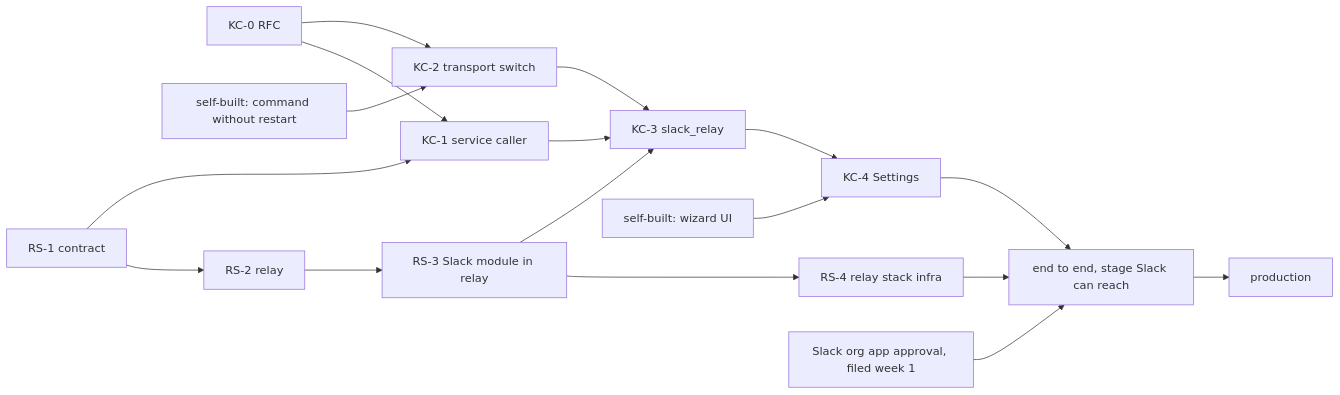
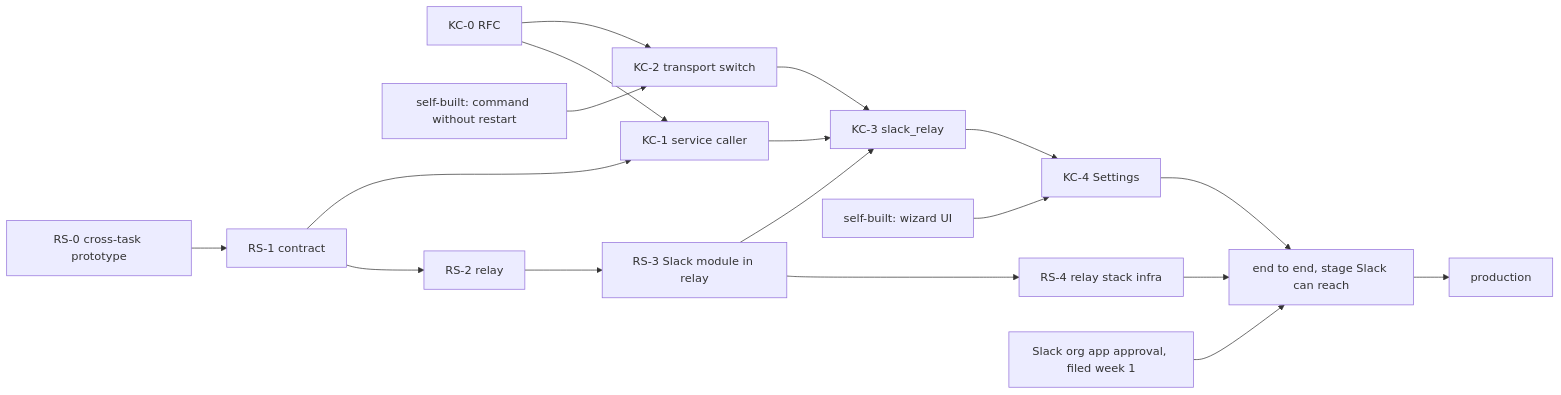
The fourth of 4 diagrams in docs/request-for-change/rfc-slack-unified-app-relay.md (kirodotdev/KiroCrew), drawn with Mermaid before and after one commit. The commit also changed other lines of this file and 1 other file, not shown here.

````diff
--- a/docs/request-for-change/rfc-slack-unified-app-relay.md
+++ b/docs/request-for-change/rfc-slack-unified-app-relay.md
@@ -272,19 +341,20 @@
 ```mermaid
 flowchart LR
     KC0[KC-0 RFC] --> KC1[KC-1 service caller]
     KC0 --> KC2[KC-2 transport switch]
     W1[self-built: command without restart] --> KC2
-    RS1[RS-1 contract] --> RS2[RS-2 relay]
+    RS0[RS-0 cross-task prototype] --> RS1[RS-1 contract]
+    RS1 --> RS2[RS-2 relay]
     RS1 --> KC1
     RS2 --> RS3[RS-3 Slack module in relay]
     RS3 --> RS4[RS-4 relay stack infra]
     KC1 --> KC3[KC-3 slack_relay]
     KC2 --> KC3
     RS3 --> KC3
     KC3 --> KC4[KC-4 Settings]
     W2[self-built: wizard UI] --> KC4
     AP[Slack org app approval, filed week 1] --> E2E
     RS4 --> E2E[end to end, stage Slack can reach]
     KC4 --> E2E
     E2E --> PROD[production]
 ```
````
